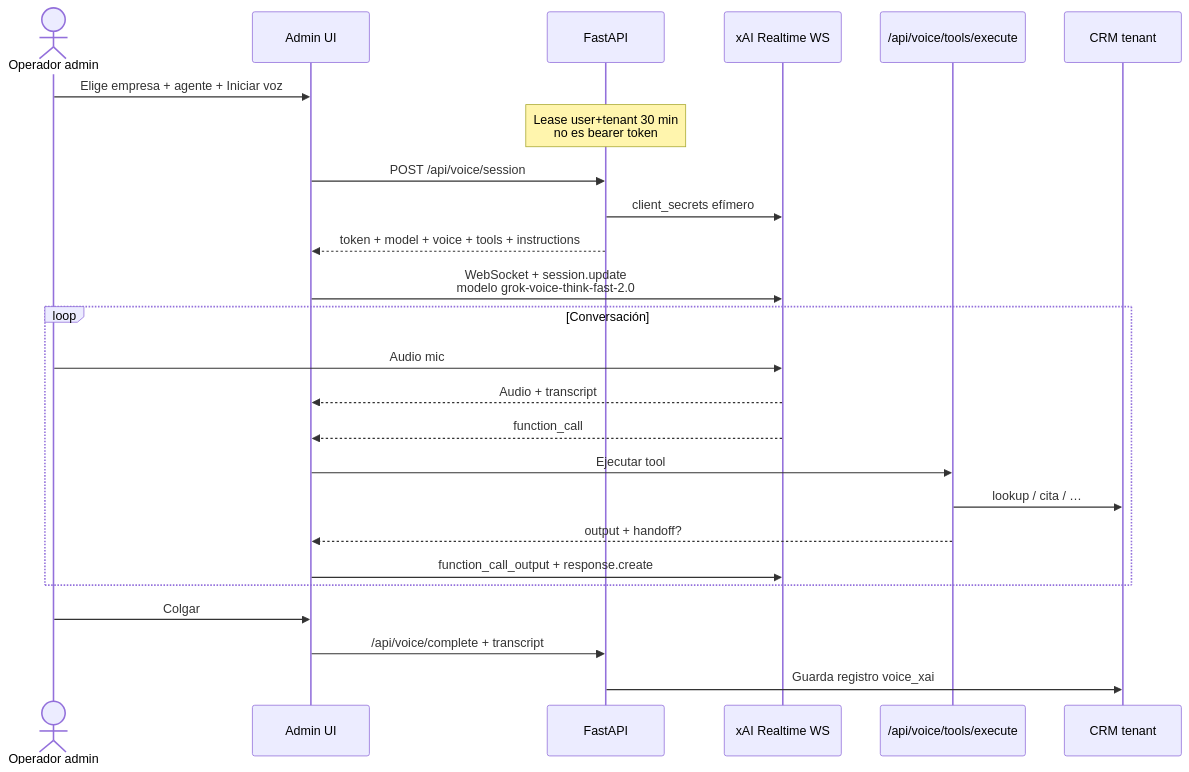
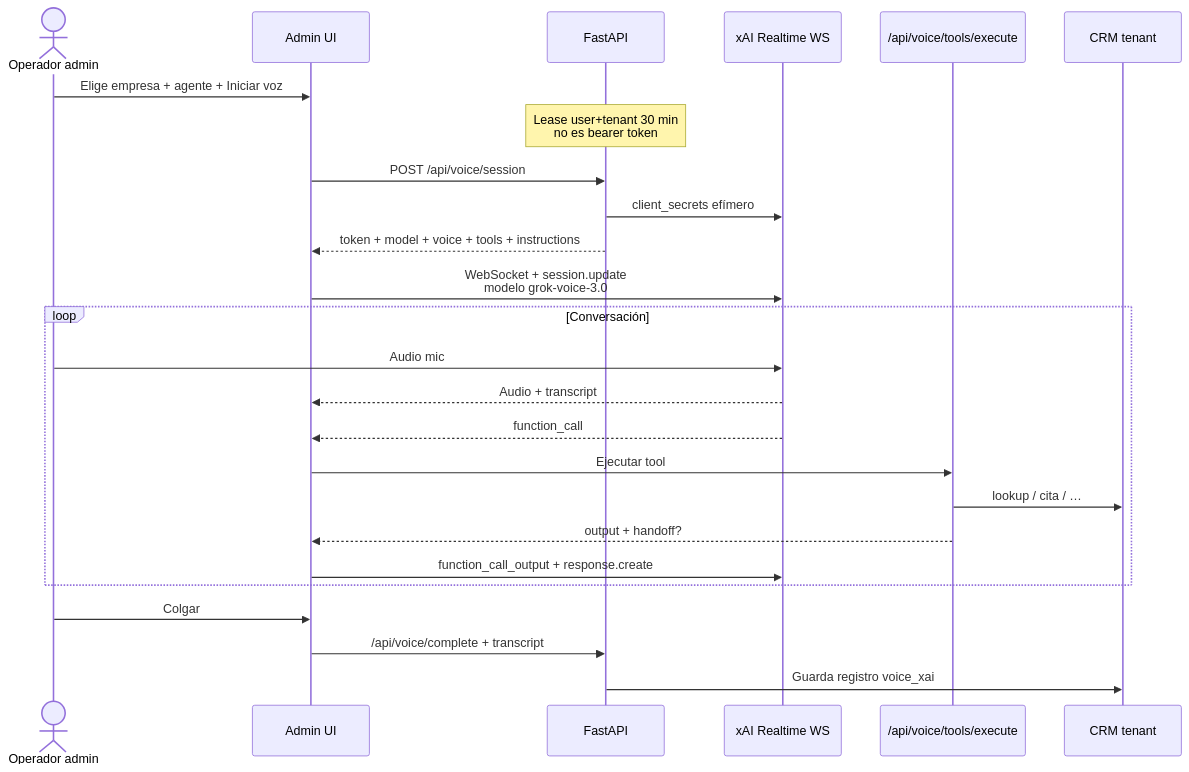
Diagram 14 of 20 in docs/FLUJOS_OPERATIVOS.md (Zombie10/CallManagement), drawn with Mermaid before and after one commit. The commit also changed other lines of this file and 11 other files, not shown here.

First line of the commit message:
feat: pin realtime voice to grok-voice-3.0

````diff
--- a/docs/FLUJOS_OPERATIVOS.md
+++ b/docs/FLUJOS_OPERATIVOS.md
@@ -438,28 +438,28 @@
 ```mermaid
 sequenceDiagram
   actor User as Operador admin
   participant UI as Admin UI
   participant API as FastAPI
   participant XAI as xAI Realtime WS
   participant TOOL as /api/voice/tools/execute
   participant CRM as CRM tenant
 
   User->>UI: Elige empresa + agente + Iniciar voz
   Note over API: Lease user+tenant 30 min<br/>no es bearer token
   UI->>API: POST /api/voice/session
   API->>XAI: client_secrets efímero
   API-->>UI: token + model + voice + tools + instructions
-  UI->>XAI: WebSocket + session.update<br/>modelo grok-voice-think-fast-2.0
+  UI->>XAI: WebSocket + session.update<br/>modelo grok-voice-3.0
   loop Conversación
     User->>XAI: Audio mic
     XAI-->>UI: Audio + transcript
     XAI-->>UI: function_call
     UI->>TOOL: Ejecutar tool
     TOOL->>CRM: lookup / cita / …
     TOOL-->>UI: output + handoff?
     UI->>XAI: function_call_output + response.create
   end
   User->>UI: Colgar
   UI->>API: /api/voice/complete + transcript
   API->>CRM: Guarda registro voice_xai
 ```
````
